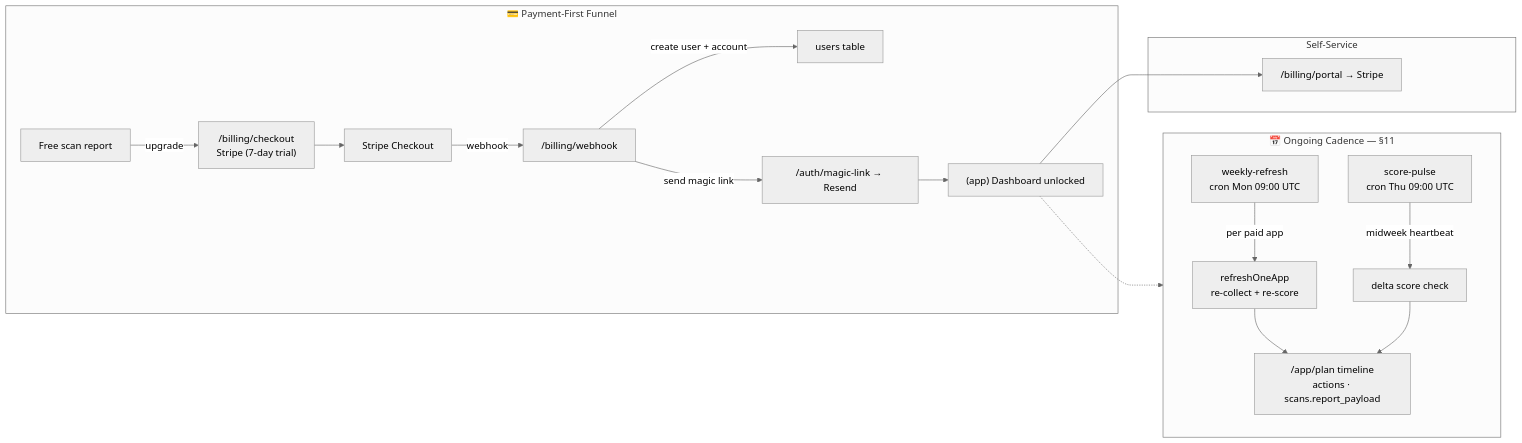
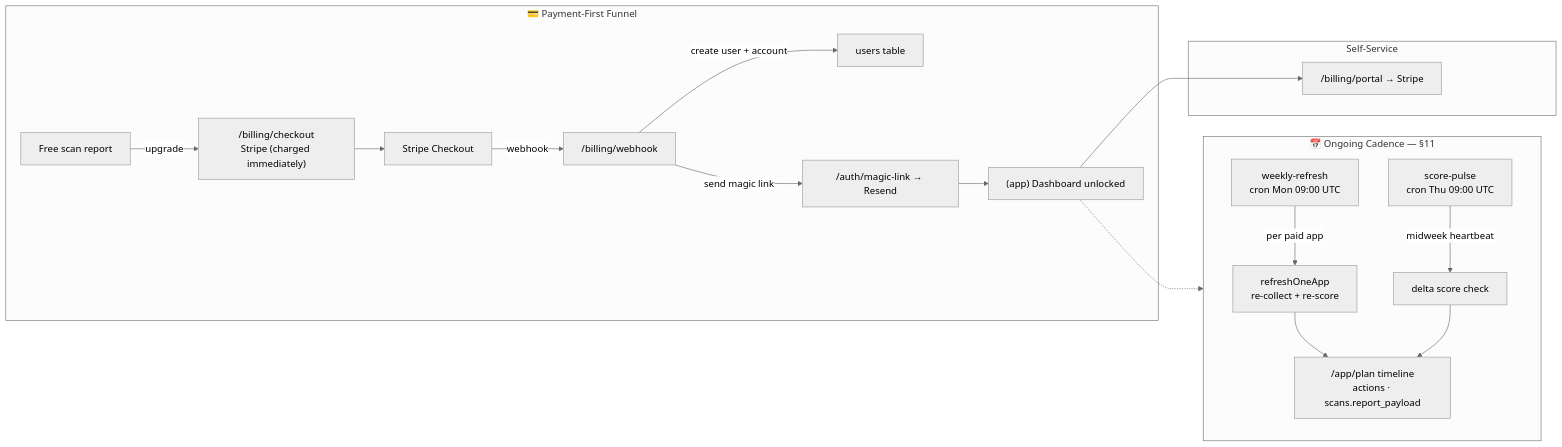
The third of 3 diagrams in docs/architecture.md (tim-clifford6991/reachkit), drawn with Mermaid (neutral theme) before and after one commit. The commit also changed other lines of this file and 3 other files, not shown here.

First line of the commit message:
docs: truth pass — align CLAUDE.md + architecture.md + score-calibration.md with code

````diff
--- a/docs/architecture.md
+++ b/docs/architecture.md
@@ -162,24 +162,24 @@
 ```mermaid
 graph LR
     subgraph funnel["💳 Payment-First Funnel"]
-        Report["Free scan report"] -->|"upgrade"| Checkout["/billing/checkout<br/>Stripe (7-day trial)"]
+        Report["Free scan report"] -->|"upgrade"| Checkout["/billing/checkout<br/>Stripe (charged immediately)"]
         Checkout --> StripeCo["Stripe Checkout"]
         StripeCo -->|"webhook"| WH["/billing/webhook"]
         WH -->|"create user + account"| Users["users table"]
         WH -->|"send magic link"| ML["/auth/magic-link → Resend"]
         ML --> Dash["(app) Dashboard unlocked"]
     end
 
     subgraph cadence["📅 Ongoing Cadence — §11"]
         Mon["weekly-refresh<br/>cron Mon 09:00 UTC"] -->|"per paid app"| Refresh["refreshOneApp<br/>re-collect + re-score"]
         Thu["score-pulse<br/>cron Thu 09:00 UTC"] -->|"midweek heartbeat"| Pulse["delta score check"]
         Refresh --> Plan["/app/plan timeline<br/>actions · scans.report_payload"]
         Pulse --> Plan
     end
 
     subgraph portal["Self-Service"]
         Dash --> BPortal["/billing/portal → Stripe"]
     end
 
     Dash -.-> cadence
 ```
````
